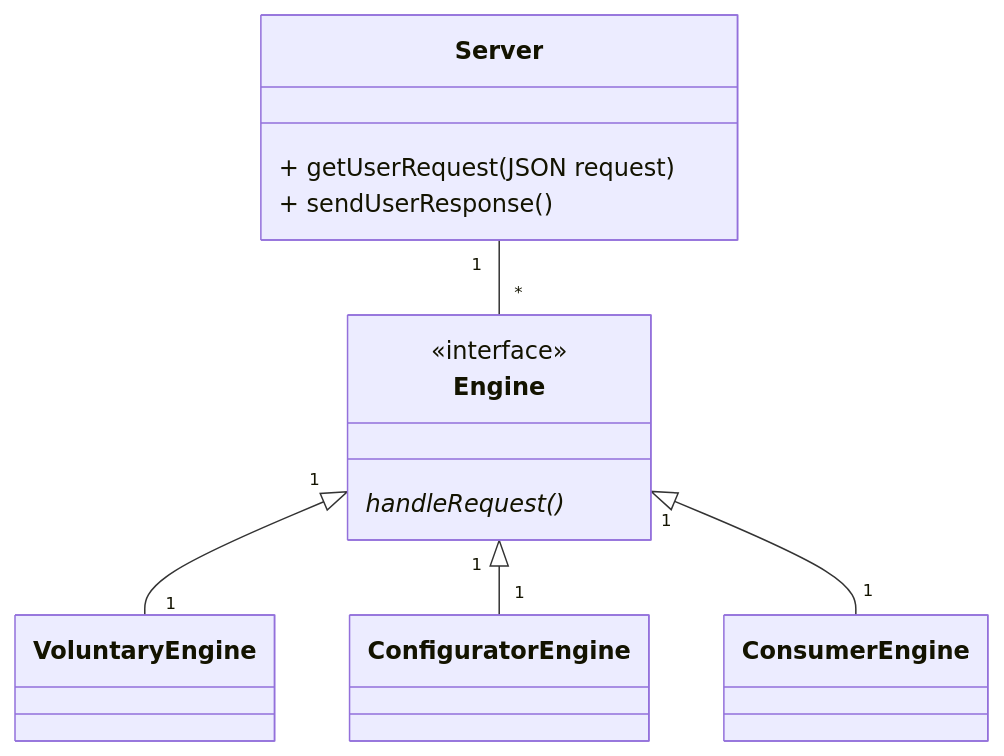
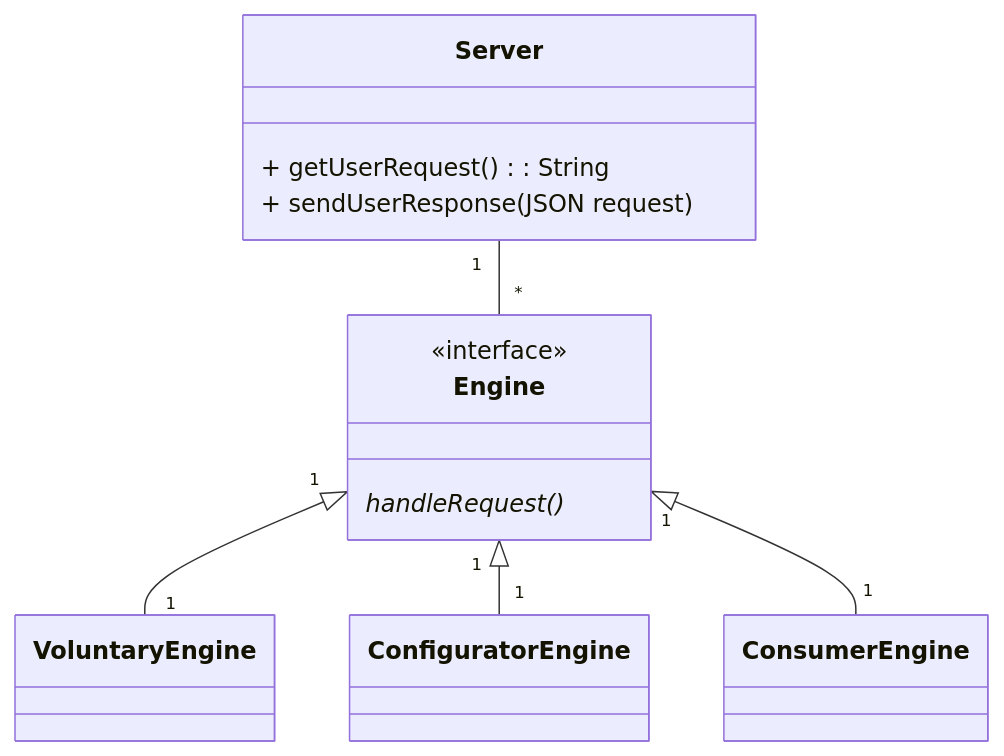
One commit to MesserLancillotto/IngegneriaDelSoftware2025 changed the diagram in UseCasesUML/serverSideUML.mermaid. Above: the diagram before and after it, drawn with Mermaid. The commit also changed 7 other files, not shown here.

```diff
--- a/UseCasesUML/serverSideUML.mermaid
+++ b/UseCasesUML/serverSideUML.mermaid
@@ -1,15 +1,15 @@
 classDiagram
     Server "1" -- "*" Engine
     Engine "1" <|-- "1" VoluntaryEngine
     Engine "1" <|-- "1" ConfiguratorEngine
     Engine "1" <|-- "1" ConsumerEngine
     <<interface>> Engine
     class Engine {
         handleRequest()*
     }
     class Server {
-        + getUserRequest(JSON request)
-        + sendUserResponse()
+        + getUserRequest() : String
+        + sendUserResponse(JSON request)
     }
     class VoluntaryEngine {
     }
```
